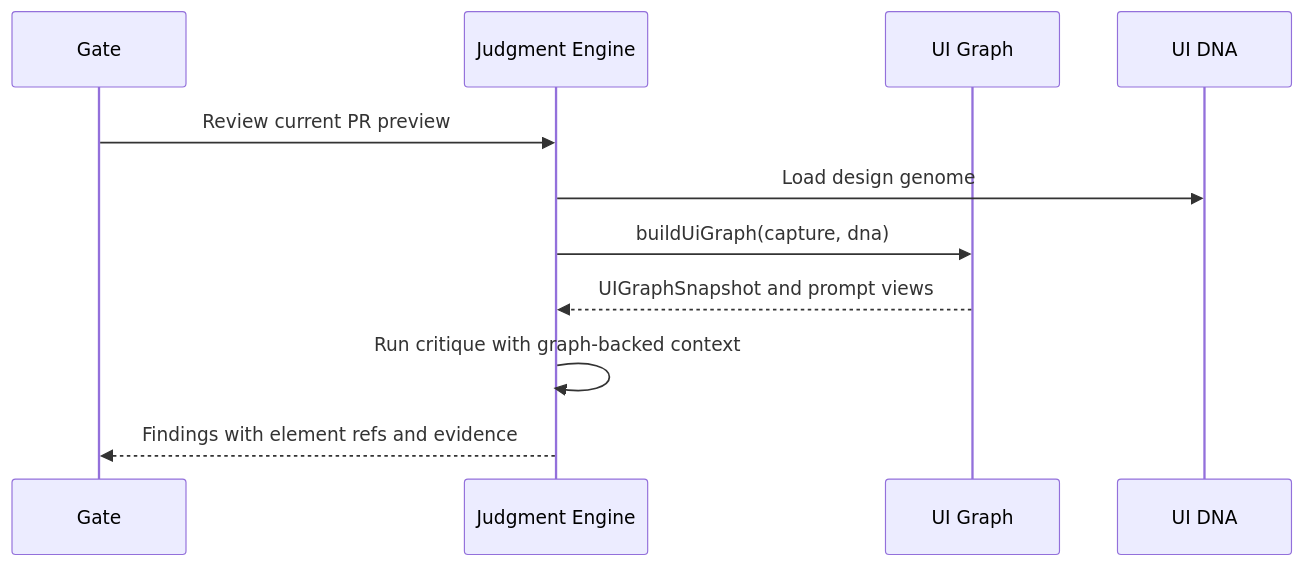
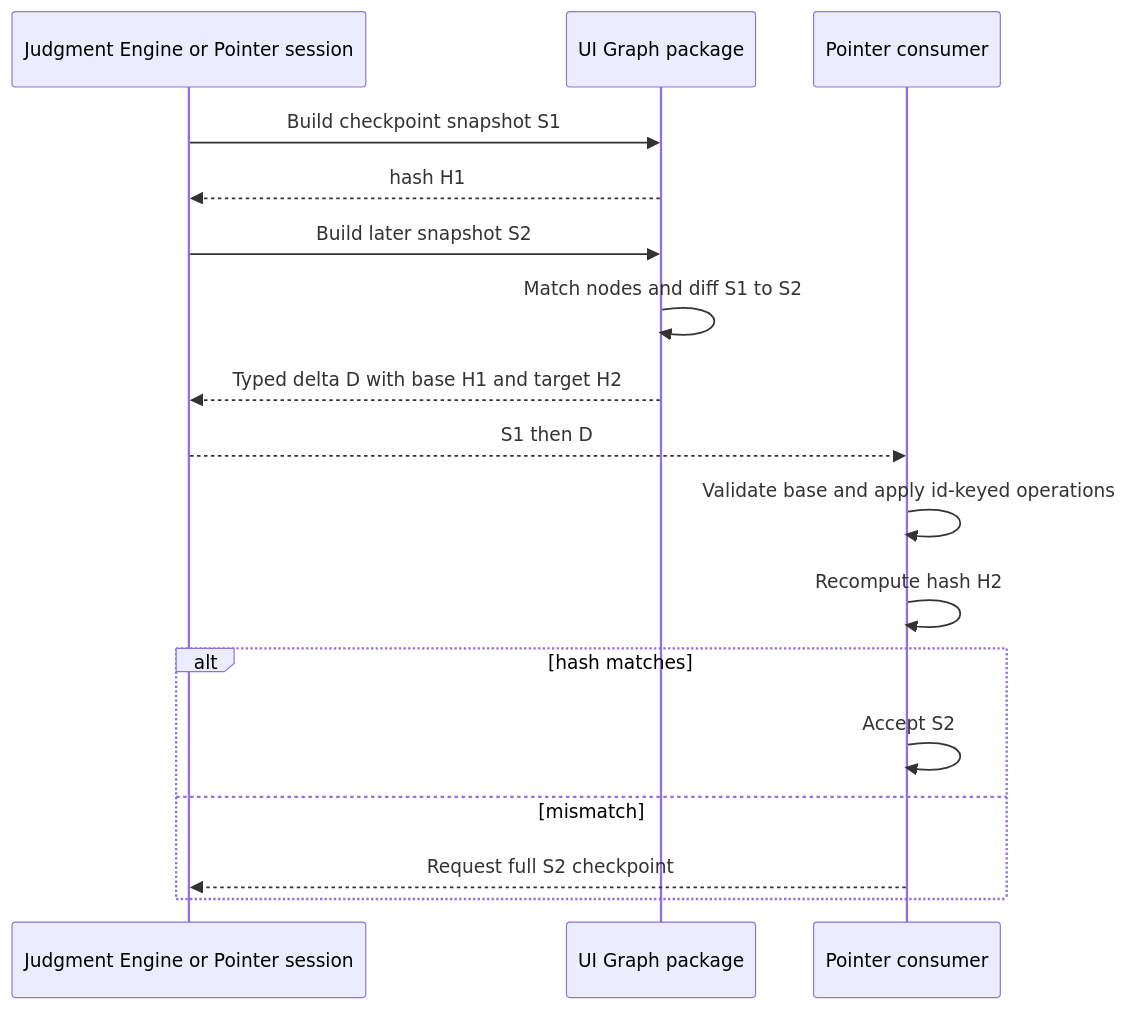
One commit to apatureai/lattice changed the tenth of 14 diagrams in ARCHITECTURE.md. Above: the diagram before and after it, drawn with Mermaid. The commit also changed other lines of this file and 11 other files, not shown here.

Commit message:
Strengthen UI Graph architecture specification (#1)

````diff
--- a/ARCHITECTURE.md
+++ b/ARCHITECTURE.md
@@ -102,14 +257,20 @@
 ```mermaid
 sequenceDiagram
-  participant Gate as Gate
-  participant Engine as Judgment Engine
-  participant Graph as UI Graph
-  participant DNA as UI DNA
+  participant Engine as Judgment Engine or Pointer session
+  participant Graph as UI Graph package
+  participant Consumer as Pointer consumer
 
-  Gate->>Engine: Review current PR preview
-  Engine->>DNA: Load design genome
-  Engine->>Graph: buildUiGraph(capture, dna)
-  Graph-->>Engine: UIGraphSnapshot and prompt views
-  Engine->>Engine: Run critique with graph-backed context
-  Engine-->>Gate: Findings with element refs and evidence
+  Engine->>Graph: Build checkpoint snapshot S1
+  Graph-->>Engine: hash H1
+  Engine->>Graph: Build later snapshot S2
+  Graph->>Graph: Match nodes and diff S1 to S2
+  Graph-->>Engine: Typed delta D with base H1 and target H2
+  Engine-->>Consumer: S1 then D
+  Consumer->>Consumer: Validate base and apply id-keyed operations
+  Consumer->>Consumer: Recompute hash H2
+  alt hash matches
+    Consumer->>Consumer: Accept S2
+  else mismatch
+    Consumer-->>Engine: Request full S2 checkpoint
+  end
 ```
````
